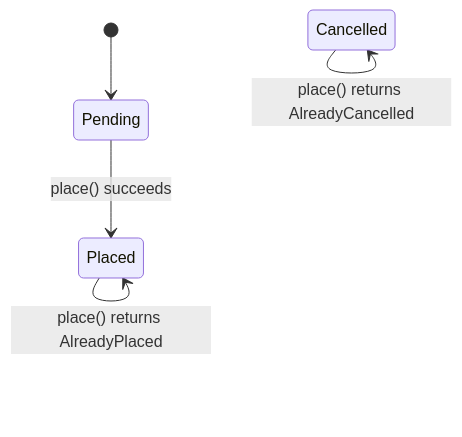
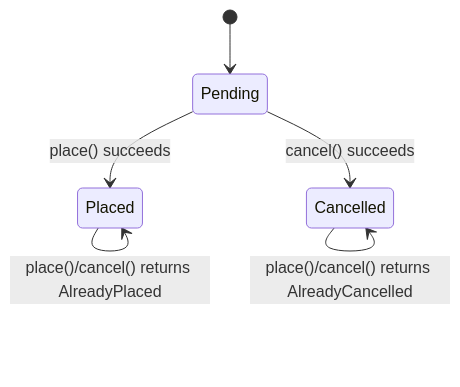
One commit to accuser/bynk changed the diagram in docs/src/how-to/agents/state-machine.md. Above: the diagram before and after it, drawn with Mermaid. The commit also changed other lines of this file and 5 other files, not shown here.

````diff
--- a/docs/src/how-to/agents/state-machine.md
+++ b/docs/src/how-to/agents/state-machine.md
@@ -42,7 +53,8 @@
 ```mermaid
 stateDiagram-v2
   [*] --> Pending
   Pending --> Placed: place() succeeds
-  Placed --> Placed: place() returns AlreadyPlaced
-  Cancelled --> Cancelled: place() returns AlreadyCancelled
+  Pending --> Cancelled: cancel() succeeds
+  Placed --> Placed: place()/cancel() returns AlreadyPlaced
+  Cancelled --> Cancelled: place()/cancel() returns AlreadyCancelled
 ```
````
